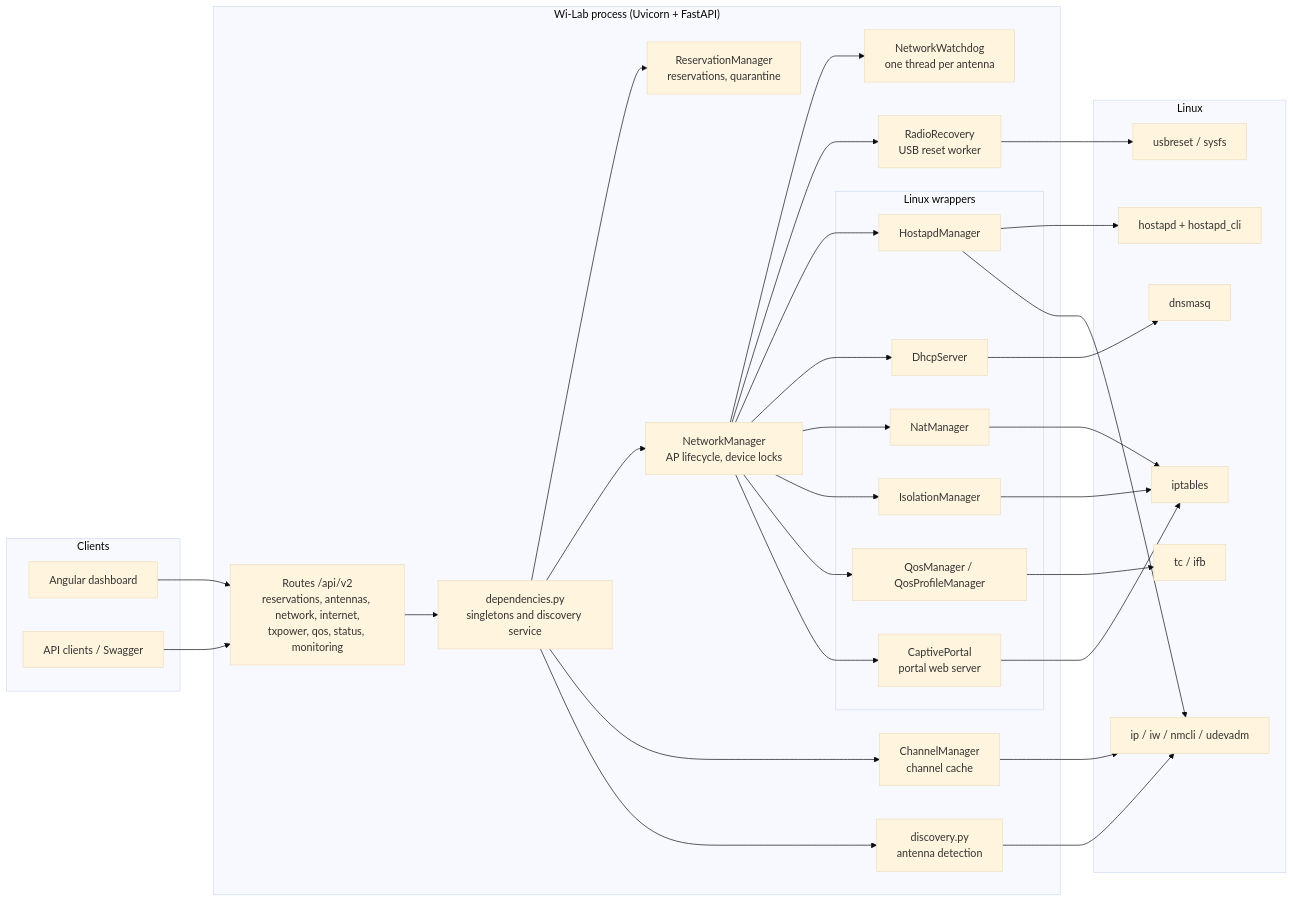
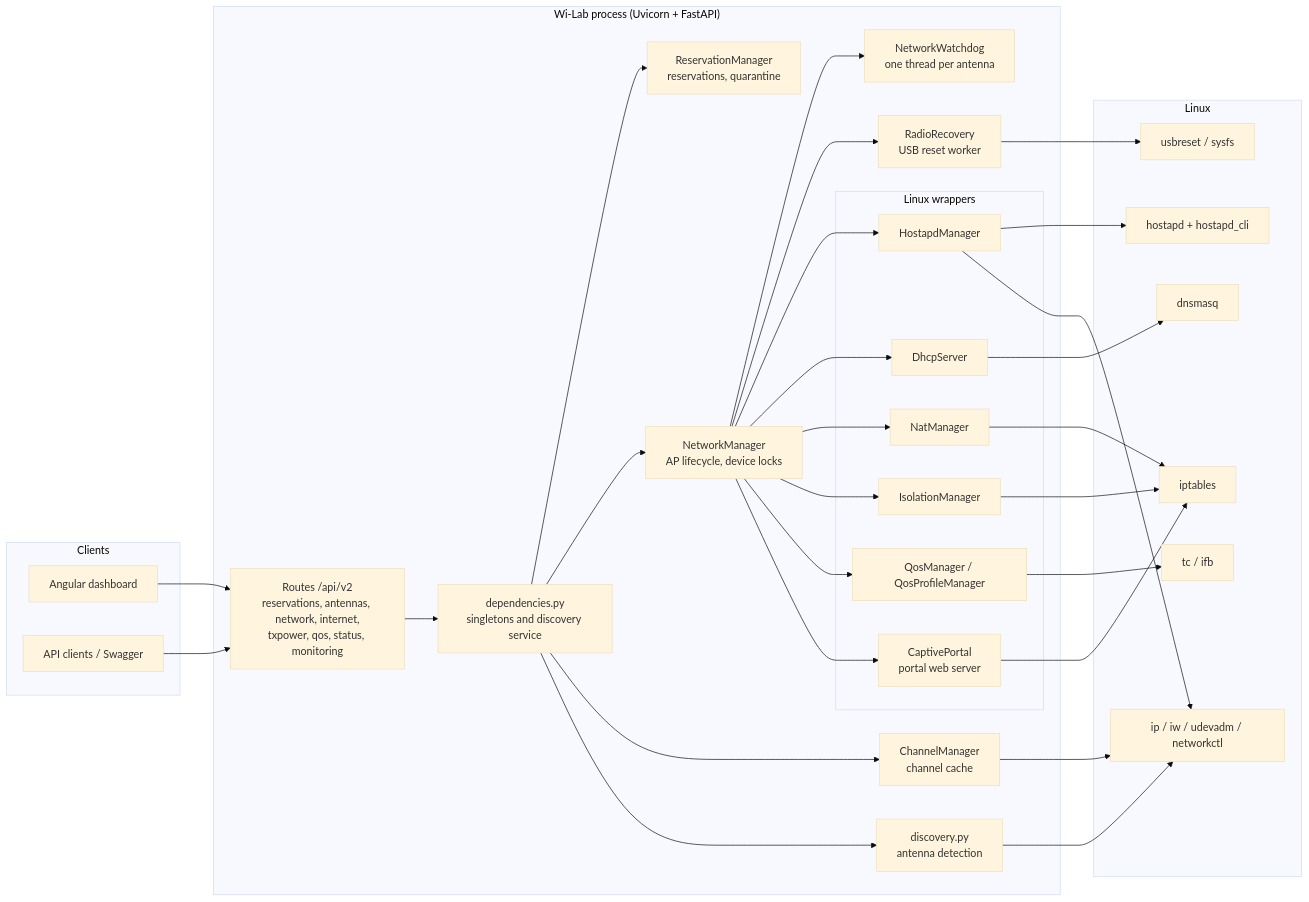
Before and after one commit to caporalesimone/wi-lab: the first of 15 diagrams in docs/architecture.md, drawn with Mermaid (base theme). The commit also changed other lines of this file and 13 other files, not shown here.

````diff
--- a/docs/architecture.md
+++ b/docs/architecture.md
@@ -16,61 +16,61 @@
 ```mermaid
 flowchart LR
     subgraph Clients
         UI["Angular dashboard"]
         API["API clients / Swagger"]
     end
 
     subgraph Process["Wi-Lab process (Uvicorn + FastAPI)"]
         R["Routes /api/v2<br/>reservations, antennas, network, internet,<br/>txpower, qos, status, monitoring"]
         D["dependencies.py<br/>singletons and discovery service"]
         RM["ReservationManager<br/>reservations, quarantine"]
         NM["NetworkManager<br/>AP lifecycle, device locks"]
         WD["NetworkWatchdog<br/>one thread per antenna"]
         RR["RadioRecovery<br/>USB reset worker"]
         CM["ChannelManager<br/>channel cache"]
         DISC["discovery.py<br/>antenna detection"]
         subgraph Drivers["Linux wrappers"]
             HA["HostapdManager"]
             DH["DhcpServer"]
             NAT["NatManager"]
             ISO["IsolationManager"]
             QOS["QosManager / QosProfileManager"]
             CP["CaptivePortal<br/>portal web server"]
         end
     end
 
     subgraph Linux
         HOSTAPD["hostapd + hostapd_cli"]
         DNSMASQ["dnsmasq"]
         IPT["iptables"]
         TC["tc / ifb"]
-        IPIW["ip / iw / nmcli / udevadm"]
+        IPIW["ip / iw / udevadm / networkctl"]
         USB["usbreset / sysfs"]
     end
 
     UI --> R
     API --> R
     R --> D
     D --> RM
     D --> NM
     D --> CM
     D --> DISC
     NM --> WD
     NM --> RR
     NM --> HA
     NM --> DH
     NM --> NAT
     NM --> ISO
     NM --> QOS
     NM --> CP
     HA --> HOSTAPD
     HA --> IPIW
     DH --> DNSMASQ
     NAT --> IPT
     ISO --> IPT
     CP --> IPT
     QOS --> TC
     DISC --> IPIW
     CM --> IPIW
     RR --> USB
 ```
````
